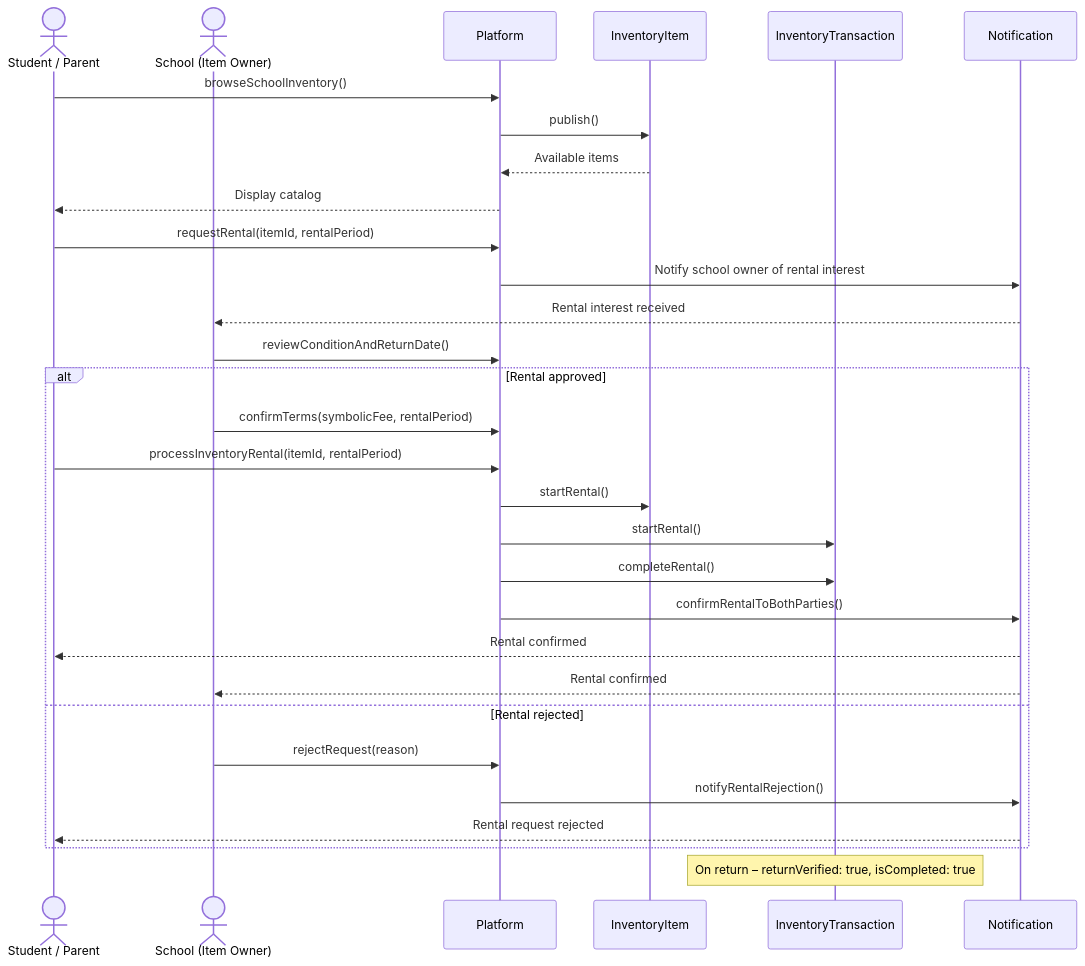
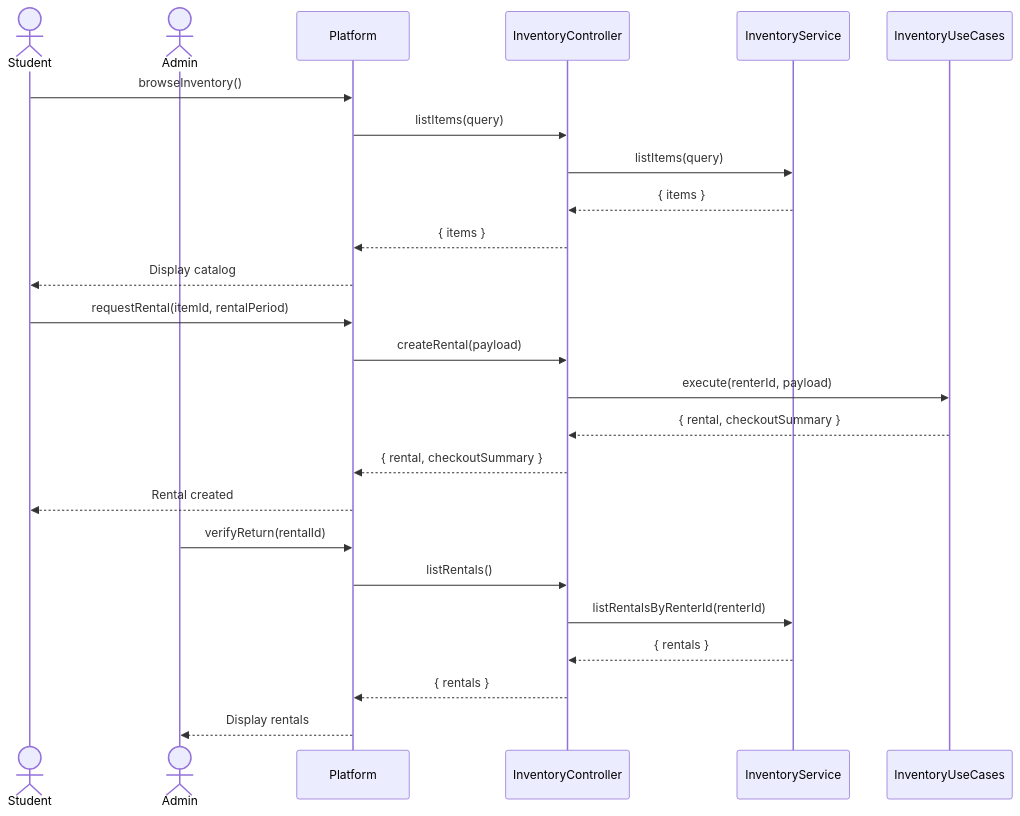
The eighth of 20 diagrams in diagrams/Sequence Diagram/sequencediagram.md (NovaLogic-Systems/gestArtes-docs), drawn with Mermaid before and after one commit. The commit also changed other lines of this file, not shown here.

Commit message:
Refactor sequence diagrams for user authentication, coaching session requests, and admin management

````diff
--- a/diagrams/Sequence Diagram/sequencediagram.md
+++ b/diagrams/Sequence Diagram/sequencediagram.md
@@ -258,35 +247,30 @@
 ```mermaid
 sequenceDiagram
-    actor InterestedParty as Student / Parent
-    actor SchoolOwner as School (Item Owner)
-    participant Platform
-    participant InventoryItem
-    participant InventoryTransaction
-    participant Notification
+    actor Student
+    actor Admin
+    participant Platform as Platform
+    participant InventoryController as InventoryController
+    participant InventoryService as InventoryService
+    participant InventoryUseCases as InventoryUseCases
 
-    InterestedParty->>Platform: browseSchoolInventory()
-    Platform->>InventoryItem: publish()
-    InventoryItem-->>Platform: Available items
-    Platform-->>InterestedParty: Display catalog
-    InterestedParty->>Platform: requestRental(itemId, rentalPeriod)
-    Platform->>Notification: Notify school owner of rental interest
-    Notification-->>SchoolOwner: Rental interest received
-    SchoolOwner->>Platform: reviewConditionAndReturnDate()
+    Student->>Platform: browseInventory()
+    Platform->>InventoryController: listItems(query)
+    InventoryController->>InventoryService: listItems(query)
+    InventoryService-->>InventoryController: { items }
+    InventoryController-->>Platform: { items }
+    Platform-->>Student: Display catalog
 
-    alt Rental approved
-        SchoolOwner->>Platform: confirmTerms(symbolicFee, rentalPeriod)
-        InterestedParty->>Platform: processInventoryRental(itemId, rentalPeriod)
-        Platform->>InventoryItem: startRental()
-        Platform->>InventoryTransaction: startRental()
-        Platform->>InventoryTransaction: completeRental()
-        Platform->>Notification: confirmRentalToBothParties()
-        Notification-->>InterestedParty: Rental confirmed
-        Notification-->>SchoolOwner: Rental confirmed
-    else Rental rejected
-        SchoolOwner->>Platform: rejectRequest(reason)
-        Platform->>Notification: notifyRentalRejection()
-        Notification-->>InterestedParty: Rental request rejected
-    end
+    Student->>Platform: requestRental(itemId, rentalPeriod)
+    Platform->>InventoryController: createRental(payload)
+    InventoryController->>InventoryUseCases: execute(renterId, payload)
+    InventoryUseCases-->>InventoryController: { rental, checkoutSummary }
+    InventoryController-->>Platform: { rental, checkoutSummary }
+    Platform-->>Student: Rental created
 
-    Note over InventoryTransaction: On return – returnVerified: true, isCompleted: true
+    Admin->>Platform: verifyReturn(rentalId)
+    Platform->>InventoryController: listRentals()
+    InventoryController->>InventoryService: listRentalsByRenterId(renterId)
+    InventoryService-->>InventoryController: { rentals }
+    InventoryController-->>Platform: { rentals }
+    Platform-->>Admin: Display rentals
 ```
````
